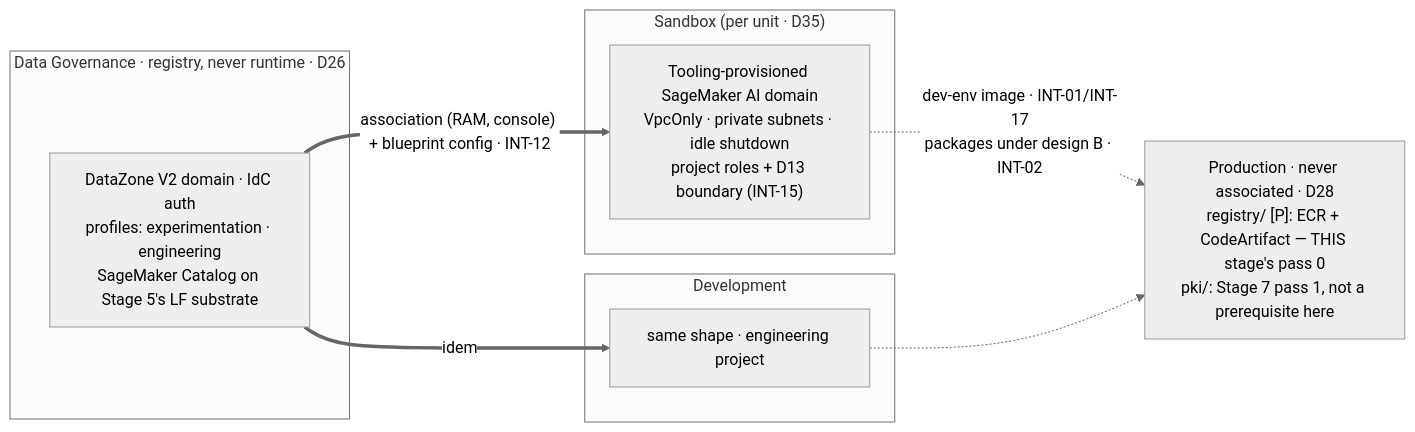
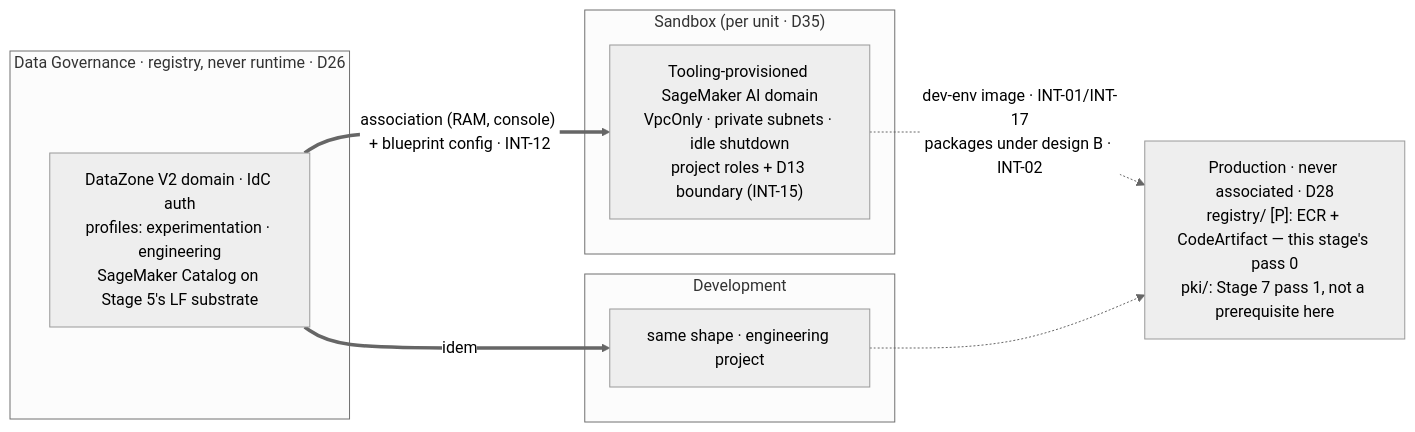
The diagram in docs/plan/stages/stage-06a-unified-studio.md (felipenoris/AWS-DataScience), drawn with Mermaid (neutral theme) before and after one commit. The commit also changed other lines of this file and 1 other file, not shown here.

First line of the commit message:
Style review: the 6a and 6c stage files

````diff
--- a/docs/plan/stages/stage-06a-unified-studio.md
+++ b/docs/plan/stages/stage-06a-unified-studio.md
@@ -40,18 +40,18 @@
 ```mermaid
 flowchart LR
     subgraph DG["Data Governance · registry, never runtime · D26"]
         DOM["DataZone V2 domain · IdC auth<br/>profiles: experimentation · engineering<br/>SageMaker Catalog on Stage 5's LF substrate"]
     end
     subgraph SBX["Sandbox (per unit · D35)"]
         SBXRT["Tooling-provisioned SageMaker AI domain<br/>VpcOnly · private subnets · idle shutdown<br/>project roles + D13 boundary (INT-15)"]
     end
     subgraph DEV["Development"]
         DEVRT["same shape · engineering project"]
     end
-    PRD["Production · never associated · D28<br/>registry/ [P]: ECR + CodeArtifact — THIS stage's pass 0<br/>pki/: Stage 7 pass 1, not a prerequisite here"]
+    PRD["Production · never associated · D28<br/>registry/ [P]: ECR + CodeArtifact — this stage's pass 0<br/>pki/: Stage 7 pass 1, not a prerequisite here"]
 
     DOM ==>|"association (RAM, console) + blueprint config · INT-12"| SBXRT
     DOM ==>|"idem"| DEVRT
     SBXRT -.->|"dev-env image · INT-01/INT-17<br/>packages under design B · INT-02"| PRD
     DEVRT -.-> PRD
 ```
````
